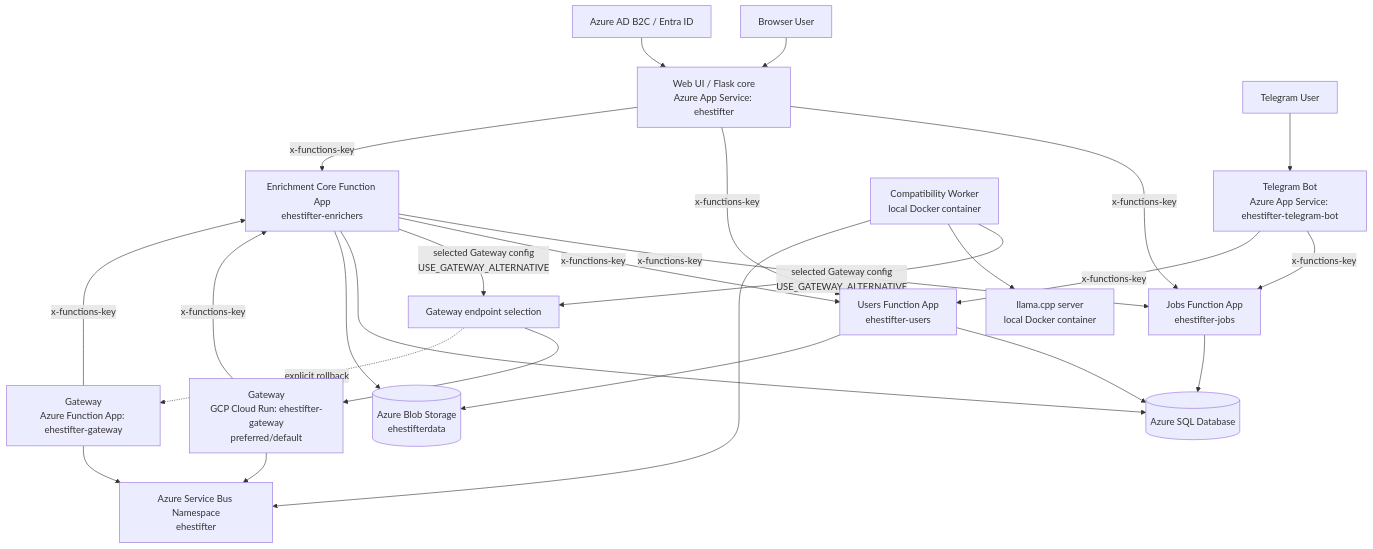
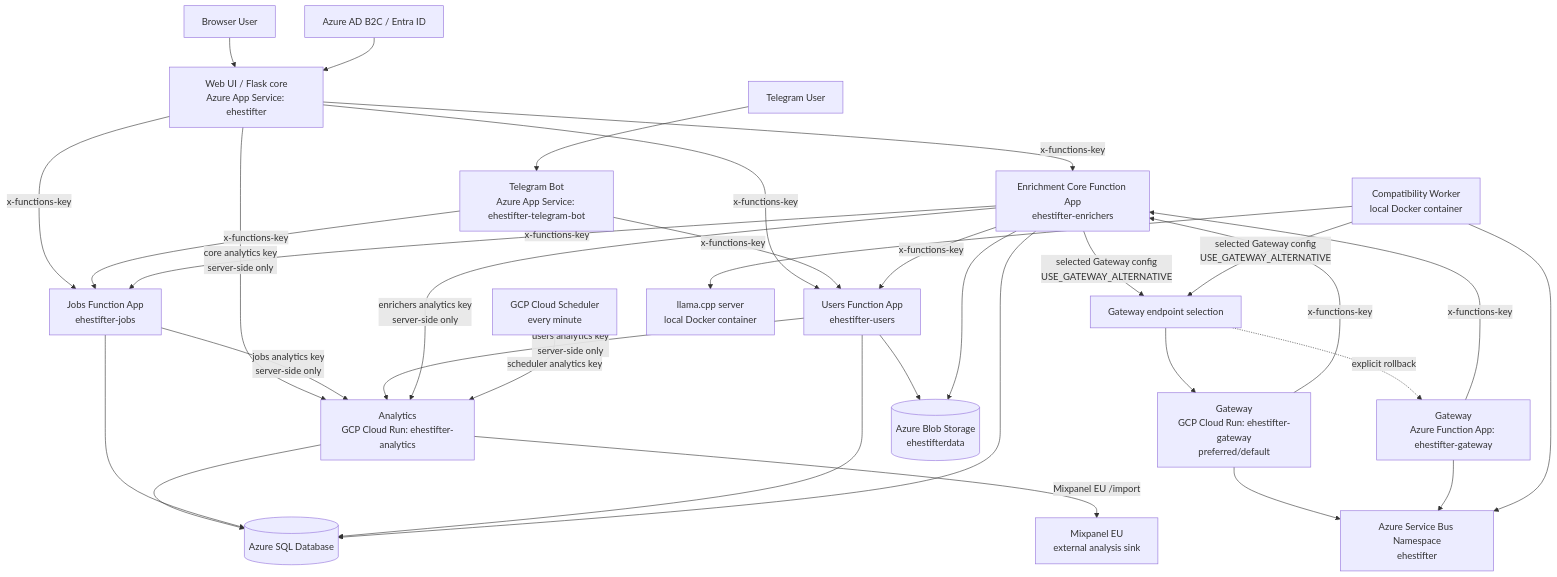
One commit to Solanum-basilicus/ehestifter changed the diagram in docs/system-design.md. Above: the diagram before and after it, drawn with Mermaid. The commit also changed other lines of this file and 2 other files, not shown here.

````diff
--- a/docs/system-design.md
+++ b/docs/system-design.md
@@ -75,37 +77,67 @@
 ```mermaid
 flowchart TD
-    User[Browser User] --> Core[Web UI / Flask core\nAzure App Service: ehestifter]
-    TGUser[Telegram User] --> Bot[Telegram Bot\nAzure App Service: ehestifter-telegram-bot]
+    User[Browser User] --> Core[Web UI / Flask core
+Azure App Service: ehestifter]
+    TGUser[Telegram User] --> Bot[Telegram Bot
+Azure App Service: ehestifter-telegram-bot]
 
-    Core -->|x-functions-key| Jobs[Jobs Function App\nehestifter-jobs]
-    Core -->|x-functions-key| Users[Users Function App\nehestifter-users]
-    Core -->|x-functions-key| Enrichers[Enrichment Core Function App\nehestifter-enrichers]
+    Core -->|x-functions-key| Jobs[Jobs Function App
+ehestifter-jobs]
+    Core -->|x-functions-key| Users[Users Function App
+ehestifter-users]
+    Core -->|x-functions-key| Enrichers[Enrichment Core Function App
+ehestifter-enrichers]
 
     Bot -->|x-functions-key| Jobs
     Bot -->|x-functions-key| Users
 
     Enrichers -->|x-functions-key| Jobs
     Enrichers -->|x-functions-key| Users
 
-    Enrichers -->|selected Gateway config\nUSE_GATEWAY_ALTERNATIVE| GatewaySelector[Gateway endpoint selection]
-    Worker[Compatibility Worker\nlocal Docker container] -->|selected Gateway config\nUSE_GATEWAY_ALTERNATIVE| GatewaySelector
+    Core -->|core analytics key
+server-side only| Analytics[Analytics
+GCP Cloud Run: ehestifter-analytics]
+    Jobs -->|jobs analytics key
+server-side only| Analytics
+    Users -->|users analytics key
+server-side only| Analytics
+    Enrichers -->|enrichers analytics key
+server-side only| Analytics
+    Scheduler[GCP Cloud Scheduler
+every minute] -->|scheduler analytics key| Analytics
 
-    GatewaySelector --> GcpGateway[Gateway\nGCP Cloud Run: ehestifter-gateway\npreferred/default]
-    GatewaySelector -. explicit rollback .-> AzureGateway[Gateway\nAzure Function App: ehestifter-gateway]
+    Analytics --> SQL[(Azure SQL Database)]
+    Analytics -->|Mixpanel EU /import| Mixpanel[Mixpanel EU
+external analysis sink]
 
-    GcpGateway --> SB[Azure Service Bus Namespace\nehestifter]
+    Enrichers -->|selected Gateway config
+USE_GATEWAY_ALTERNATIVE| GatewaySelector[Gateway endpoint selection]
+    Worker[Compatibility Worker
+local Docker container] -->|selected Gateway config
+USE_GATEWAY_ALTERNATIVE| GatewaySelector
+
+    GatewaySelector --> GcpGateway[Gateway
+GCP Cloud Run: ehestifter-gateway
+preferred/default]
+    GatewaySelector -. explicit rollback .-> AzureGateway[Gateway
+Azure Function App: ehestifter-gateway]
+
+    GcpGateway --> SB[Azure Service Bus Namespace
+ehestifter]
     AzureGateway --> SB
-    Worker --> Llama[llama.cpp server\nlocal Docker container]
+    Worker --> Llama[llama.cpp server
+local Docker container]
     Worker --> SB
 
     GcpGateway -->|x-functions-key| Enrichers
     AzureGateway -->|x-functions-key| Enrichers
 
-    Jobs --> SQL[(Azure SQL Database)]
+    Jobs --> SQL
     Users --> SQL
     Enrichers --> SQL
-    Users --> Blob[(Azure Blob Storage\nehestifterdata)]
+    Users --> Blob[(Azure Blob Storage
+ehestifterdata)]
     Enrichers --> Blob
 
     Auth[Azure AD B2C / Entra ID] --> Core
 ```
````
